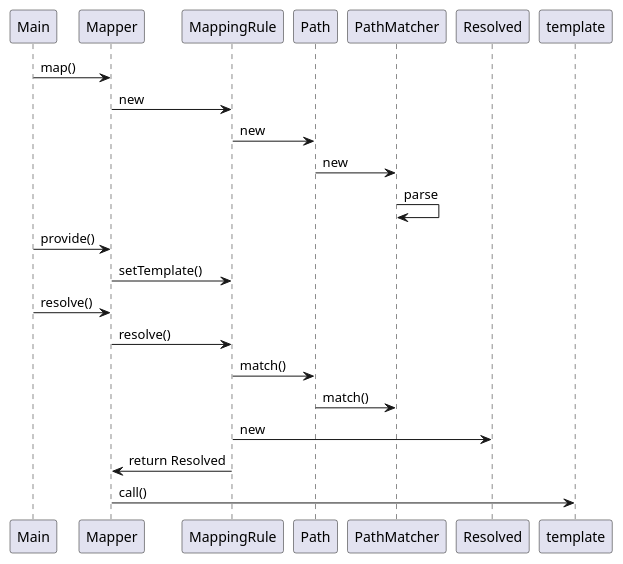
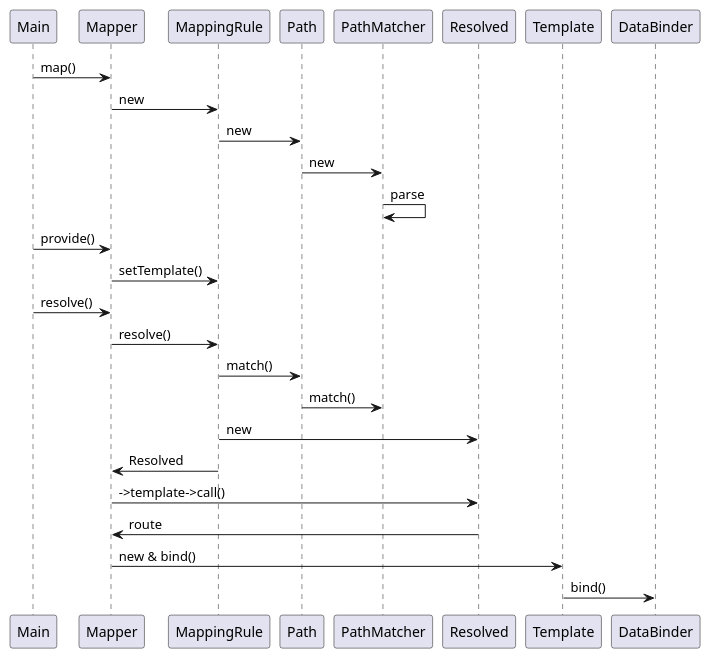
One commit to t-kuni/php-url-meta-mapper changed the diagram in diagrams/sequence.puml. Above: the diagram before and after it, drawn with PlantUML. The commit also changed 1 other file, not shown here.

Commit message:
update diagrams

```diff
--- a/diagrams/sequence.puml
+++ b/diagrams/sequence.puml
@@ -1,16 +1,19 @@
 @startuml
 Main -> Mapper: map()
 Mapper -> MappingRule: new
 MappingRule -> Path: new
 Path -> PathMatcher: new
 PathMatcher -> PathMatcher: parse
 Main -> Mapper: provide()
 Mapper -> MappingRule: setTemplate()
 Main -> Mapper: resolve()
 Mapper -> MappingRule: resolve()
 MappingRule -> Path: match()
 Path -> PathMatcher: match()
 MappingRule -> Resolved: new
-MappingRule -> Mapper: return Resolved
-Mapper -> template: call()
+MappingRule -> Mapper: Resolved
+Mapper -> Resolved: ->template->call()
+Mapper <- Resolved: route
+Mapper -> Template: new & bind()
+Template -> DataBinder: bind()
 @enduml
```
